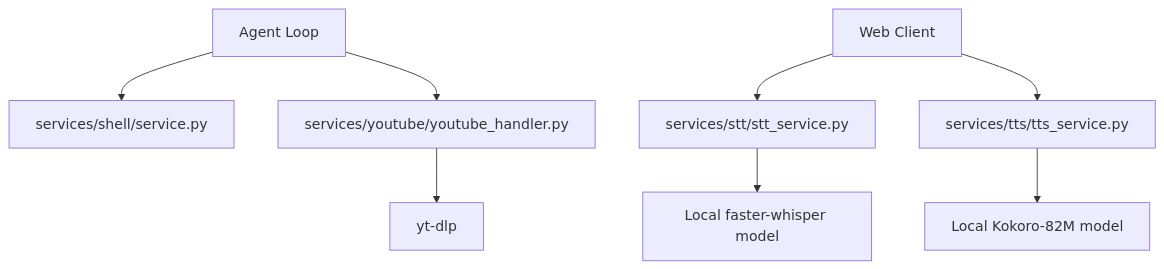
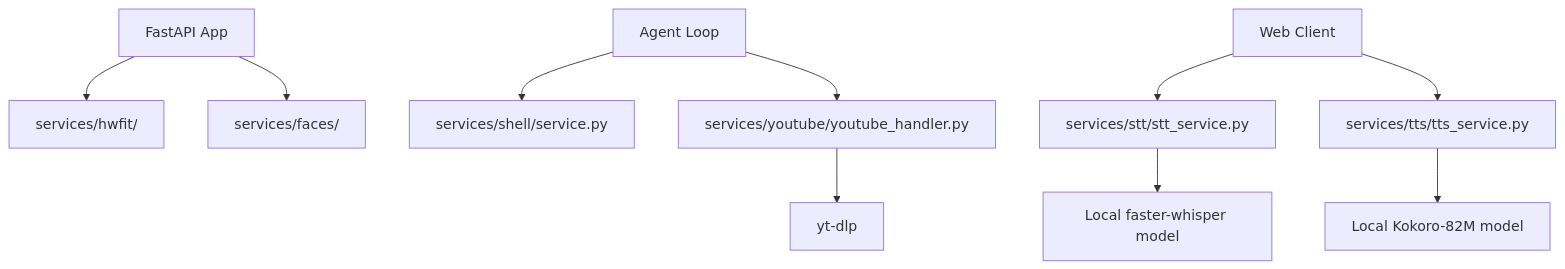
One commit to odysseus-dev/odysseus changed the eighth of 27 diagrams in docs/ARCHITECTURE.md. Above: the diagram before and after it, drawn with Mermaid. The commit also changed other lines of this file, not shown here.

First line of the commit message:
docs: Deduplicate and consolidate sections in ARCHITECTURE.md

````diff
--- a/docs/ARCHITECTURE.md
+++ b/docs/ARCHITECTURE.md
@@ -1452,10 +1332,12 @@
 ```mermaid
 graph TD
+    App[FastAPI App] --> HW[services/hwfit/]
+    App --> Faces[services/faces/]
     Agent[Agent Loop] --> Shell[services/shell/service.py]
     Agent --> Youtube[services/youtube/youtube_handler.py]
     Client[Web Client] --> AudioIn[services/stt/stt_service.py]
     Client --> AudioOut[services/tts/tts_service.py]
     AudioOut --> Kokoro[Local Kokoro-82M model]
     AudioIn --> Whisper[Local faster-whisper model]
     Youtube --> YTDLP[yt-dlp]
 ```
````
